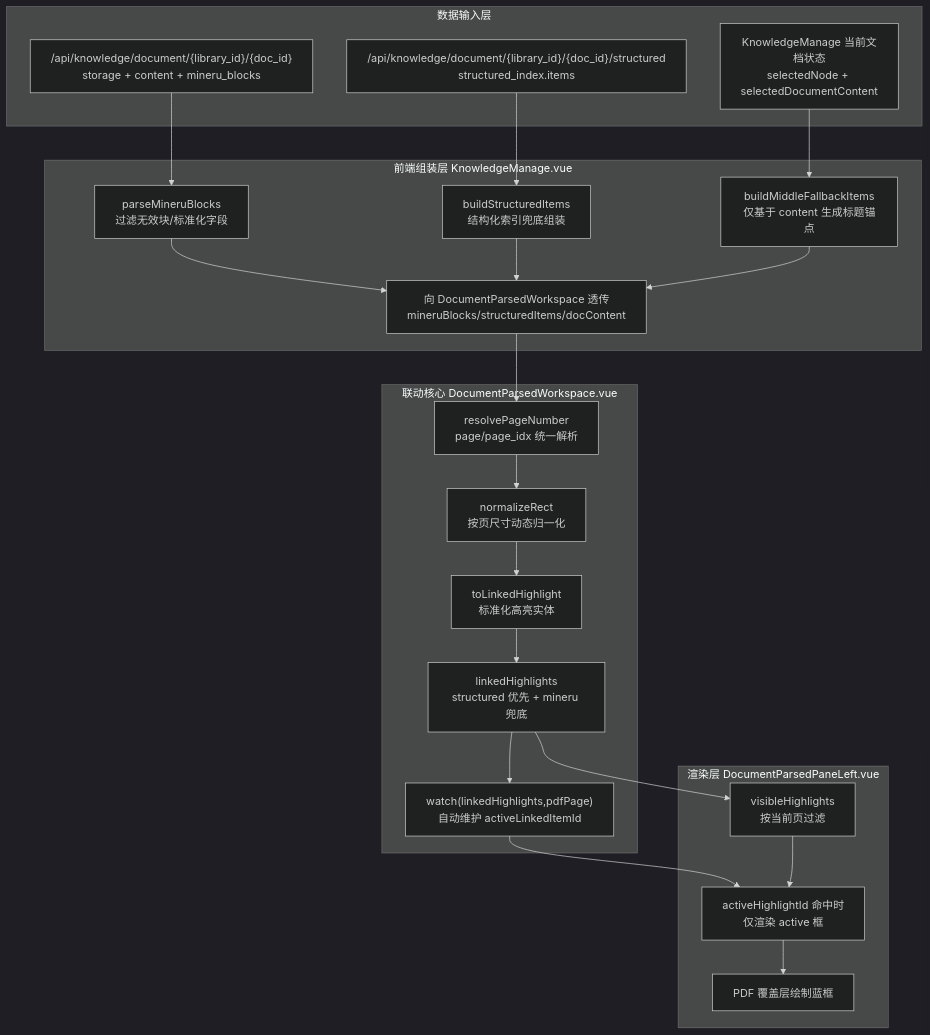
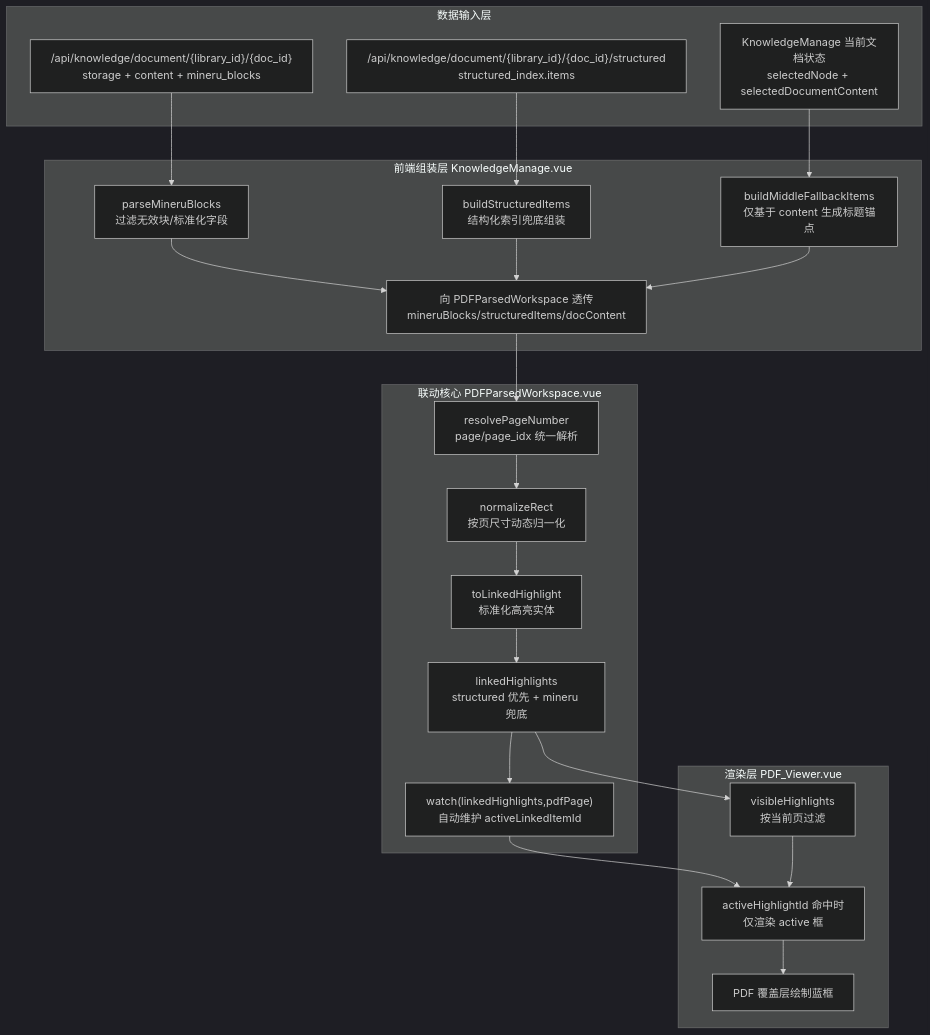
Before and after one commit to 0mao0/AnGIneer: the fourth of 5 diagrams in apps/Techniques.md, drawn with Mermaid (dark theme). The commit also changed other lines of this file and 33 other files, not shown here.

````diff
--- a/apps/Techniques.md
+++ b/apps/Techniques.md
@@ -246,47 +246,47 @@
 ```mermaid
 flowchart TB
   subgraph DataIn["数据输入层"]
     Storage["/api/knowledge/document/{library_id}/{doc_id}\nstorage + content + mineru_blocks"]
     StructApi["/api/knowledge/document/{library_id}/{doc_id}/structured\nstructured_index.items"]
     NodeState["KnowledgeManage 当前文档状态\nselectedNode + selectedDocumentContent"]
   end
 
   subgraph Assemble["前端组装层 KnowledgeManage.vue"]
     ParseBlocks["parseMineruBlocks\n过滤无效块/标准化字段"]
     BuildIndex["buildStructuredItems\n结构化索引兜底组装"]
     BuildFallback["buildMiddleFallbackItems\n仅基于 content 生成标题锚点"]
-    PassProps["向 DocumentParsedWorkspace 透传\nmineruBlocks/structuredItems/docContent"]
+    PassProps["向 PDFParsedWorkspace 透传\nmineruBlocks/structuredItems/docContent"]
   end
 
-  subgraph LinkCore["联动核心 DocumentParsedWorkspace.vue"]
+  subgraph LinkCore["联动核心 PDFParsedWorkspace.vue"]
     ResolvePage["resolvePageNumber\npage/page_idx 统一解析"]
     RectNorm["normalizeRect\n按页尺寸动态归一化"]
     ToLinked["toLinkedHighlight\n标准化高亮实体"]
     MergePool["linkedHighlights\nstructured 优先 + mineru 兜底"]
     ActiveWatch["watch(linkedHighlights,pdfPage)\n自动维护 activeLinkedItemId"]
   end
 
-  subgraph Render["渲染层 DocumentParsedPaneLeft.vue"]
+  subgraph Render["渲染层 PDF_Viewer.vue"]
     PageFilter["visibleHighlights\n按当前页过滤"]
     ActiveOnly["activeHighlightId 命中时\n仅渲染 active 框"]
     DrawBox["PDF 覆盖层绘制蓝框"]
   end
 
   Storage --> ParseBlocks
   StructApi --> BuildIndex
   NodeState --> BuildFallback
   ParseBlocks --> PassProps
   BuildIndex --> PassProps
   BuildFallback --> PassProps
 
   PassProps --> ResolvePage
   ResolvePage --> RectNorm
   RectNorm --> ToLinked
   ToLinked --> MergePool
   MergePool --> ActiveWatch
 
   MergePool --> PageFilter
   ActiveWatch --> ActiveOnly
   PageFilter --> ActiveOnly
   ActiveOnly --> DrawBox
 ```
````
